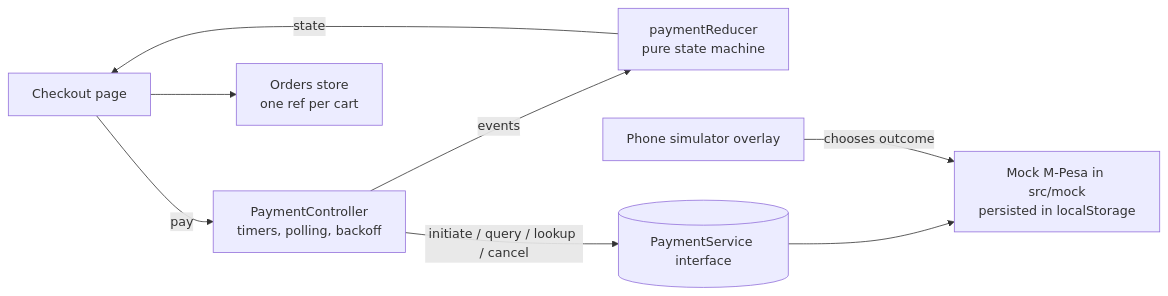
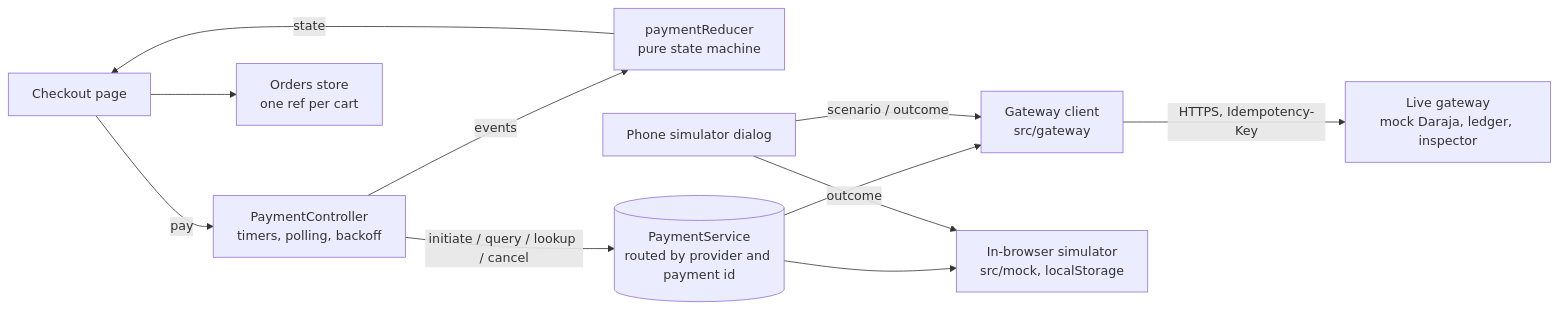
Before and after one commit to Victor-Wambua/duka-storefront: the diagram in README.md, drawn with Mermaid. The commit also changed other lines of this file and 8 other files, not shown here.

Commit message:
Document the live gateway, refresh screenshots and banner wording

````diff
--- a/README.md
+++ b/README.md
@@ -73,10 +117,13 @@
 ```mermaid
 flowchart LR
   UI[Checkout page] -->|pay| C[PaymentController<br/>timers, polling, backoff]
   C -->|events| M[paymentReducer<br/>pure state machine]
   M -->|state| UI
-  C -->|initiate / query / lookup / cancel| S[(PaymentService interface)]
-  S --> K[Mock M-Pesa in src/mock<br/>persisted in localStorage]
-  P[Phone simulator overlay] -->|chooses outcome| K
+  C -->|initiate / query / lookup / cancel| R[(PaymentService<br/>routed by provider and payment id)]
+  R --> G[Gateway client<br/>src/gateway]
+  G -->|HTTPS, Idempotency-Key| GW[Live gateway<br/>mock Daraja, ledger, inspector]
+  R --> K[In-browser simulator<br/>src/mock, localStorage]
+  P[Phone simulator dialog] -->|scenario / outcome| G
+  P -->|outcome| K
   UI --> O[Orders store<br/>one ref per cart]
 ```
````
